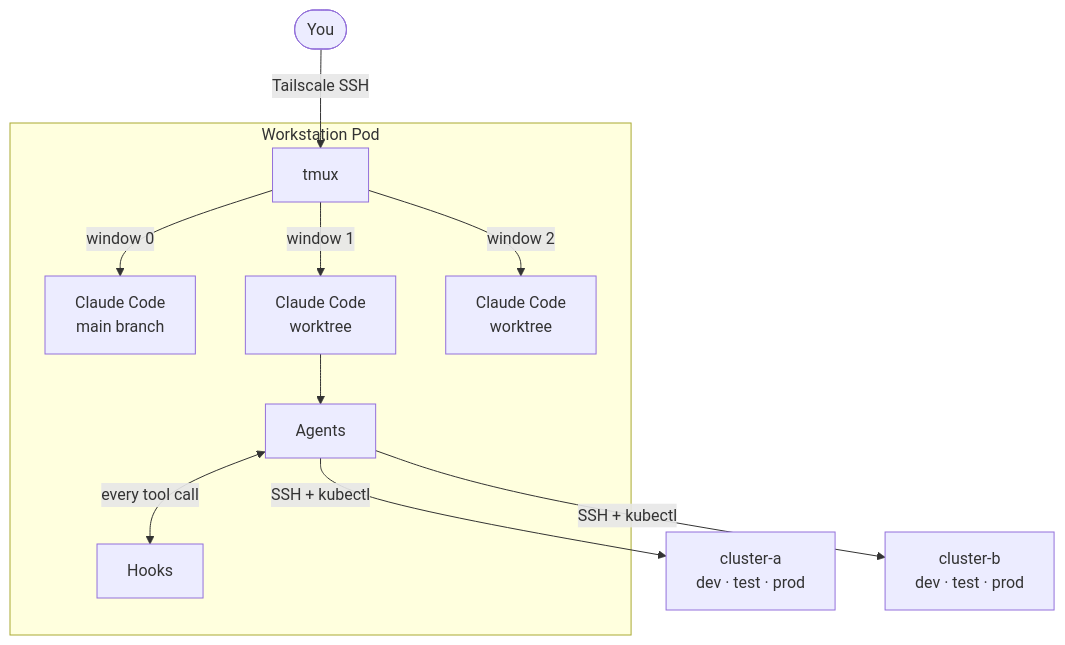
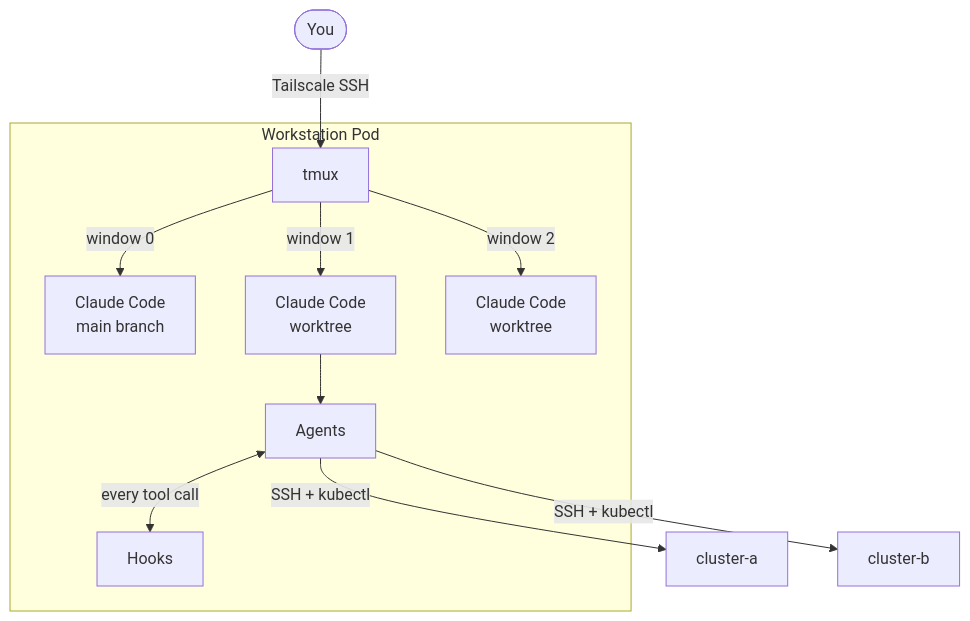
Before and after one commit to Kord96/kordinate: the first of 5 diagrams in docs/infrastructure.md, drawn with Mermaid. The commit also changed other lines of this file, not shown here.

First line of the commit message:
docs: namespace-aware cluster diagram, reorder sections [scribe]

````diff
--- a/docs/infrastructure.md
+++ b/docs/infrastructure.md
@@ -9,15 +9,15 @@
 ```mermaid
 flowchart TB
     U([You]) -->|Tailscale SSH| T
 
     subgraph WP[Workstation Pod]
         T[tmux] -->|window 0| CC0[Claude Code<br/>main branch]
         T -->|window 1| CC1[Claude Code<br/>worktree]
         T -->|window 2| CC2[Claude Code<br/>worktree]
         CC1 --> AG[Agents]
         AG <-->|every tool call| HK[Hooks]
     end
 
-    AG -->|SSH + kubectl| C1[cluster-a<br/>dev · test · prod]
-    AG -->|SSH + kubectl| C2[cluster-b<br/>dev · test · prod]
+    AG -->|SSH + kubectl| C1[cluster-a]
+    AG -->|SSH + kubectl| C2[cluster-b]
 ```
````
